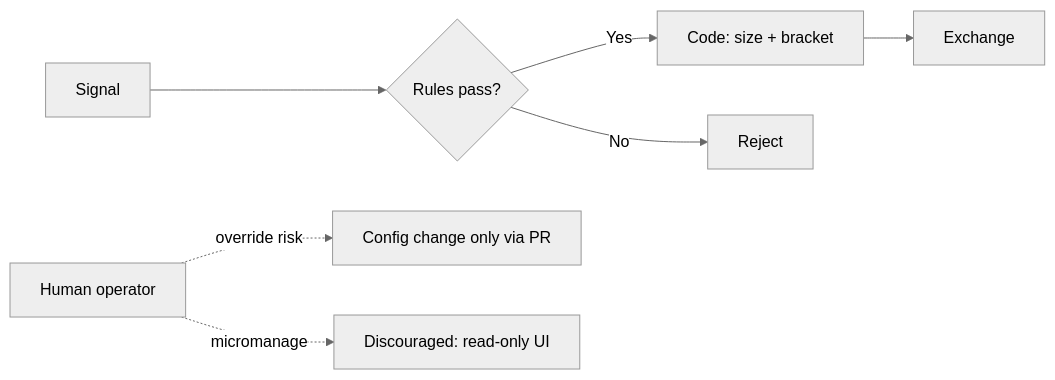
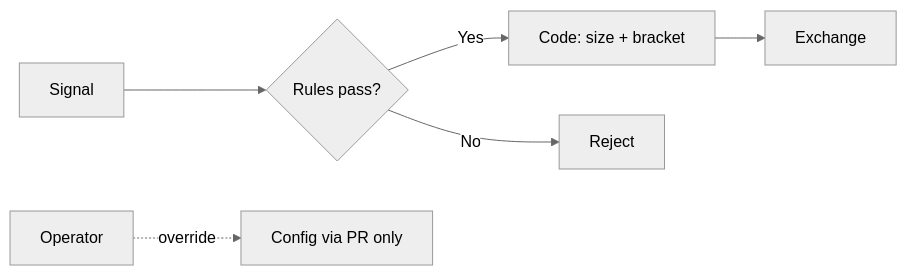
One commit to Freimor/PROJECT_Trading changed the diagram in trading_wiki/05-Психология/Trader_psychology.md. Above: the diagram before and after it, drawn with Mermaid (neutral theme). The commit also changed other lines of this file and 155 other files, not shown here.

````diff
--- a/trading_wiki/05-Психология/Trader_psychology.md
+++ b/trading_wiki/05-Психология/Trader_psychology.md
@@ -147,9 +104,8 @@
 ```mermaid
 flowchart LR
   A[Signal] --> B{Rules pass?}
   B -->|Yes| C[Code: size + bracket]
   B -->|No| D[Reject]
   C --> E[Exchange]
-  F[Human operator] -.->|override risk| G[Config change only via PR]
-  F -.->|micromanage| H[Discouraged: read-only UI]
+  F[Operator] -.->|override| G[Config via PR only]
 ```
````
